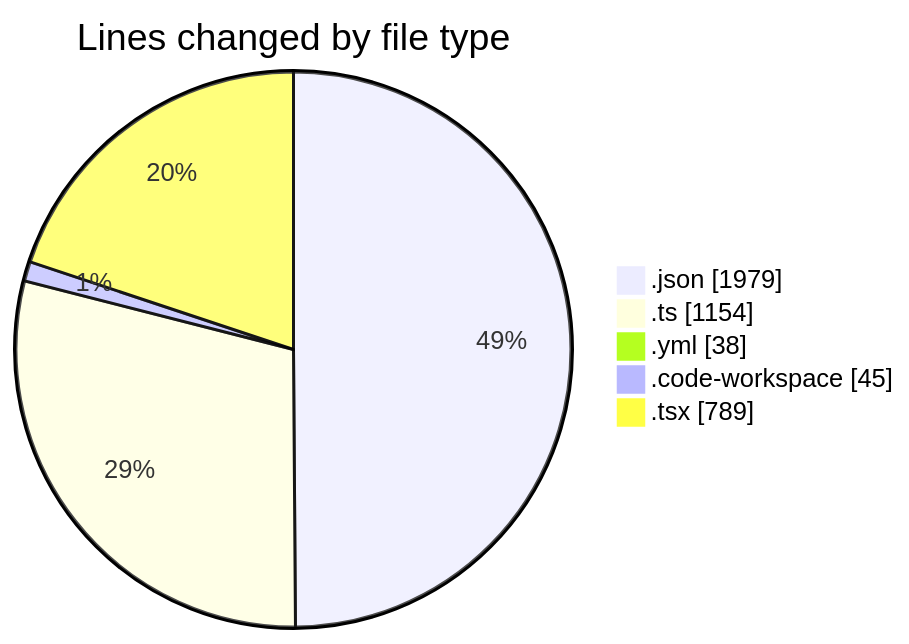
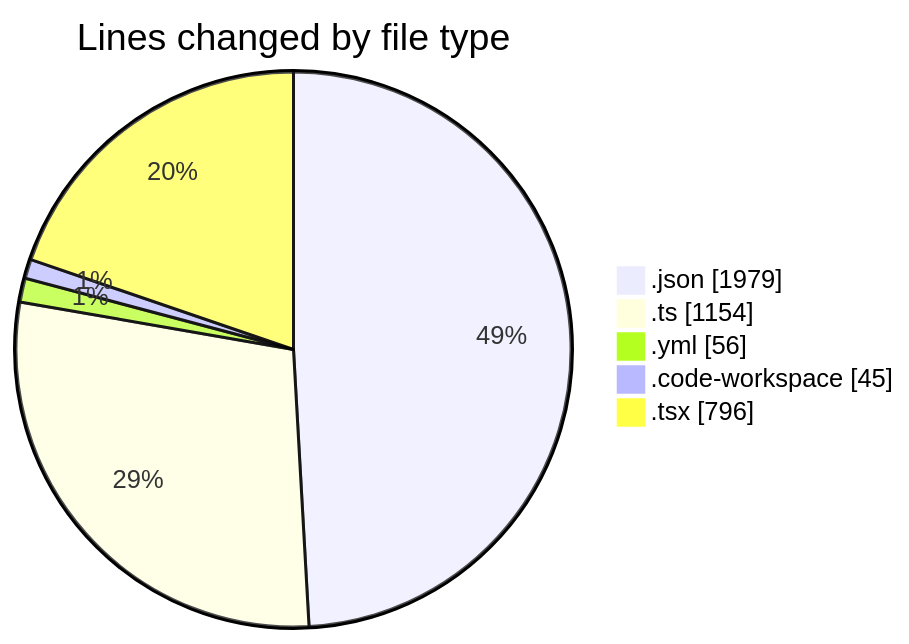
Before and after one commit to julien-gomy/code-tracking: the first of 2 diagrams in 2025-11-25/eventscop-frontend-guide__workspace_/README.md, drawn with Mermaid. The commit also changed other lines of this file and 1 other file, not shown here.

````diff
--- a/2025-11-25/eventscop-frontend-guide__workspace_/README.md
+++ b/2025-11-25/eventscop-frontend-guide__workspace_/README.md
@@ -32,9 +32,9 @@
 ```mermaid
 pie showData
 title Lines changed by file type
 ".json" : 1979
 ".ts" : 1154
-".yml" : 38
+".yml" : 56
 ".code-workspace" : 45
-".tsx" : 789
+".tsx" : 796
 ```
````
